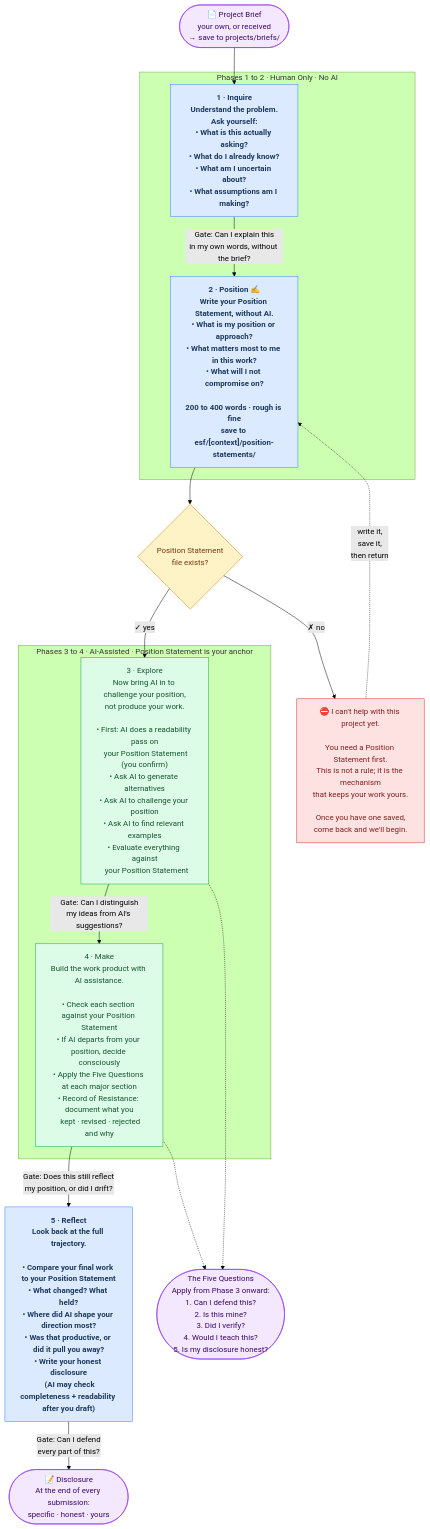
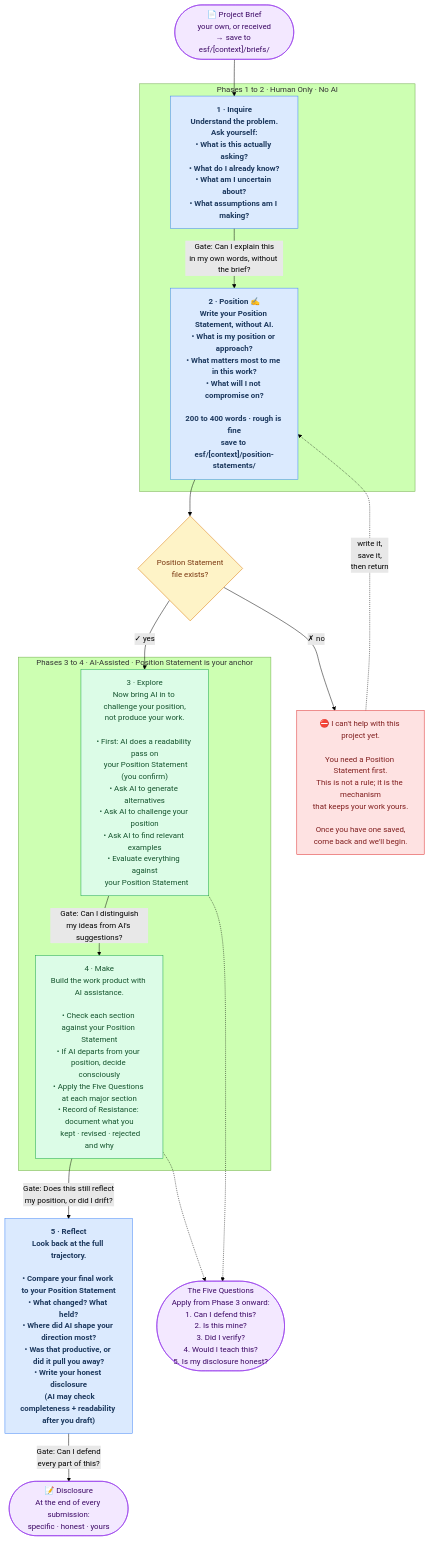
Before and after one commit to nmadrid27/esf-companion: the first of 2 diagrams in WORKFLOW.md, drawn with Mermaid (forest theme). The commit also changed 18 other files, not shown here.

````diff
--- a/WORKFLOW.md
+++ b/WORKFLOW.md
@@ -11,43 +11,43 @@
 ```mermaid
 flowchart TD
     classDef humanOnly fill:#dbeafe,stroke:#3b82f6,color:#1e3a5f,font-weight:bold
     classDef aiAssisted fill:#dcfce7,stroke:#16a34a,color:#14532d
     classDef gate fill:#fef3c7,stroke:#d97706,color:#78350f
     classDef artifact fill:#f3e8ff,stroke:#9333ea,color:#3b0764
     classDef blocked fill:#fee2e2,stroke:#dc2626,color:#7f1d1d
 
-    BRIEF(["📄 Project Brief\nyour own, or received\n→ save to projects/briefs/"]):::artifact
+    BRIEF(["📄 Project Brief\nyour own, or received\n→ save to esf/[context]/briefs/"]):::artifact
 
     subgraph HUMANONLY["  Phases 1 to 2 · Human Only · No AI  "]
         P1["1 · Inquire\nUnderstand the problem.\nAsk yourself:\n• What is this actually asking?\n• What do I already know?\n• What am I uncertain about?\n• What assumptions am I making?"]:::humanOnly
 
         P2["2 · Position ✍️\nWrite your Position Statement, without AI.\n• What is my position or approach?\n• What matters most to me in this work?\n• What will I not compromise on?\n\n200 to 400 words · rough is fine\nsave to esf/[context]/position-statements/"]:::humanOnly
     end
 
     GATE{"Position Statement\nfile exists?"}:::gate
     BLOCKED["⛔ I can't help with this project yet.\n\nYou need a Position Statement first.\nThis is not a rule; it is the mechanism\nthat keeps your work yours.\n\nOnce you have one saved,\ncome back and we'll begin."]:::blocked
 
     subgraph AIASSISTED["  Phases 3 to 4 · AI-Assisted · Position Statement is your anchor  "]
         P3["3 · Explore\nNow bring AI in to challenge your position,\nnot produce your work.\n\n• First: AI does a readability pass on\n  your Position Statement (you confirm)\n• Ask AI to generate alternatives\n• Ask AI to challenge your position\n• Ask AI to find relevant examples\n• Evaluate everything against\n  your Position Statement"]:::aiAssisted
 
         P4["4 · Make\nBuild the work product with AI assistance.\n\n• Check each section against your Position Statement\n• If AI departs from your position, decide consciously\n• Apply the Five Questions at each major section\n• Record of Resistance: document what you\n  kept · revised · rejected and why"]:::aiAssisted
     end
 
     P5["5 · Reflect\nLook back at the full trajectory.\n\n• Compare your final work to your Position Statement\n• What changed? What held?\n• Where did AI shape your direction most?\n• Was that productive, or did it pull you away?\n• Write your honest disclosure\n  (AI may check completeness + readability after you draft)"]:::humanOnly
 
     FQ(["The Five Questions\nApply from Phase 3 onward:\n1. Can I defend this?\n2. Is this mine?\n3. Did I verify?\n4. Would I teach this?\n5. Is my disclosure honest?"]):::artifact
 
     DISCLOSURE(["📝 Disclosure\nAt the end of every submission:\nspecific · honest · yours"]):::artifact
 
     BRIEF --> P1
     P1 -->|"Gate: Can I explain this\nin my own words, without the brief?"| P2
     P2 --> GATE
     GATE -->|"✓ yes"| P3
     GATE -->|"✗ no"| BLOCKED
     BLOCKED -.->|"write it,\nsave it,\nthen return"| P2
     P3 -->|"Gate: Can I distinguish\nmy ideas from AI's suggestions?"| P4
     P4 -->|"Gate: Does this still reflect\nmy position, or did I drift?"| P5
     P5 -->|"Gate: Can I defend\nevery part of this?"| DISCLOSURE
     P3 -.-> FQ
     P4 -.-> FQ
 ```
````
